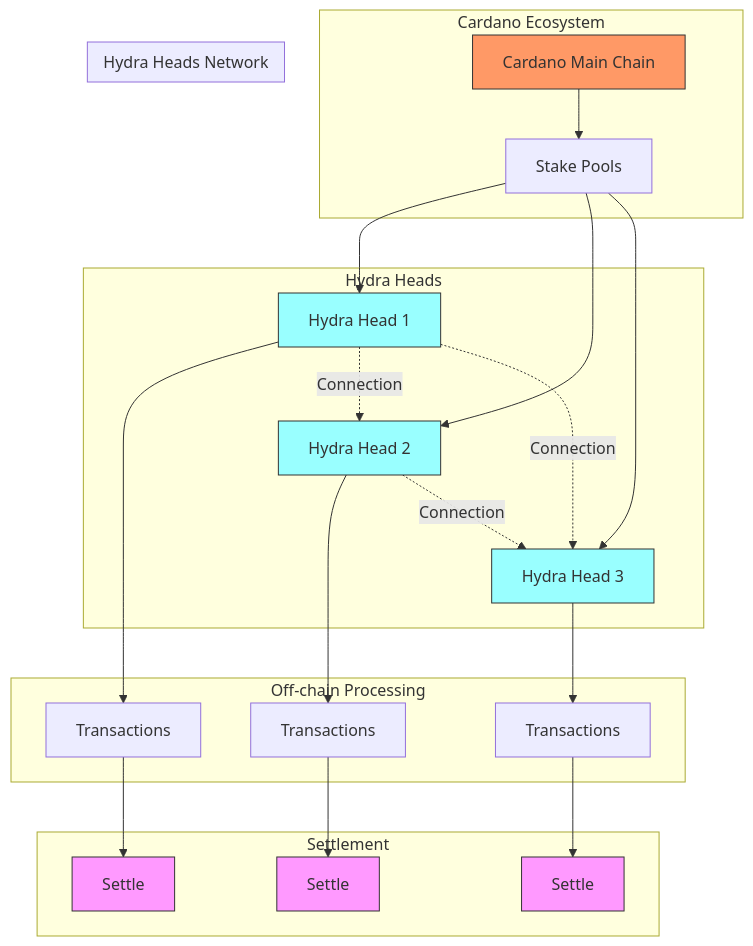
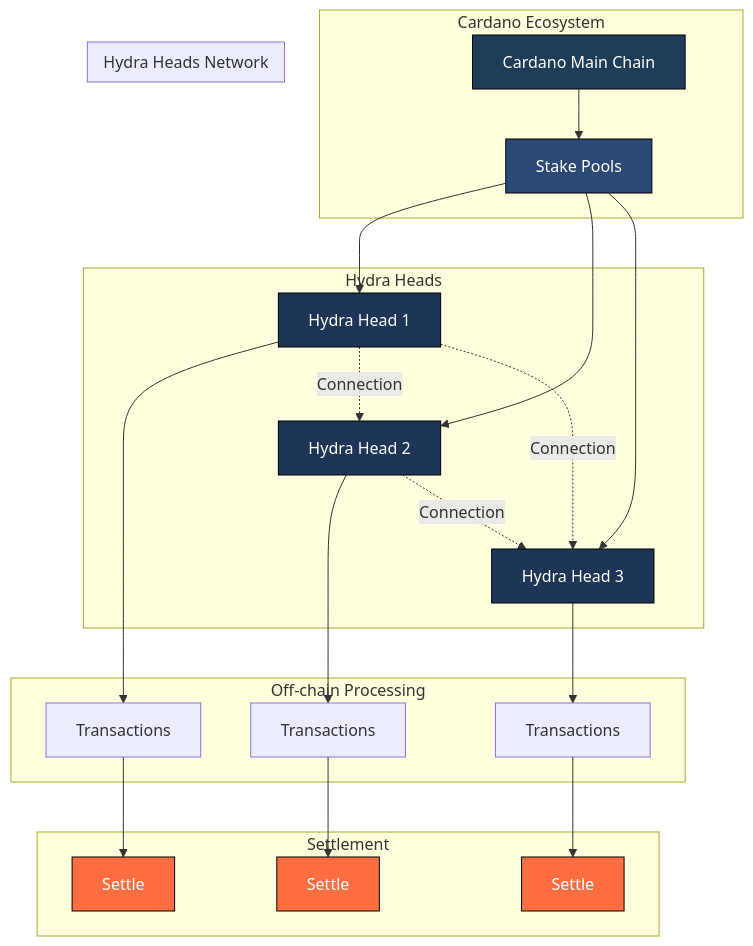
Before and after one commit to Soushi888/caramoussin-blog: the third of 3 diagrams in cardano-advocacy.md, drawn with Mermaid. The commit also changed other lines of this file, not shown here.

First line of the commit message:
docs: Improve Mermaid diagram readability with high-contrast color scheme

````diff
--- a/cardano-advocacy.md
+++ b/cardano-advocacy.md
@@ -368,44 +374,45 @@
 ```mermaid
 graph TB
     subgraph "Cardano Ecosystem"
         C[Cardano Main Chain]
         SP[Stake Pools]
     end
     
     subgraph "Hydra Heads"
         H1[Hydra Head 1]
         H2[Hydra Head 2]
         H3[Hydra Head 3]
     end
     
     subgraph "Off-chain Processing"
         H1 --> T1[Transactions]
         H2 --> T2[Transactions]
         H3 --> T3[Transactions]
     end
     
     subgraph "Settlement"
         T1 --> S1[Settle]
         T2 --> S2[Settle]
         T3 --> S3[Settle]
     end
     
     subgraph "Hydra Heads Network"
         H1 -.->|Connection| H2
         H1 -.->|Connection| H3
         H2 -.->|Connection| H3
     end
     
     C --> SP
     SP --> H1
     SP --> H2
     SP --> H3
     
-    style C fill:#f96,stroke:#333
-    style H1 fill:#9ff,stroke:#333
-    style H2 fill:#9ff,stroke:#333
-    style H3 fill:#9ff,stroke:#333
-    style S1 fill:#f9f,stroke:#333
-    style S2 fill:#f9f,stroke:#333
-    style S3 fill:#f9f,stroke:#333
+    style C fill:#1e3d59,stroke:#000,color:#fff
+    style SP fill:#2c4875,stroke:#000,color:#fff
+    style H1 fill:#1d3557,stroke:#000,color:#fff
+    style H2 fill:#1d3557,stroke:#000,color:#fff
+    style H3 fill:#1d3557,stroke:#000,color:#fff
+    style S1 fill:#ff6e40,stroke:#000,color:#fff
+    style S2 fill:#ff6e40,stroke:#000,color:#fff
+    style S3 fill:#ff6e40,stroke:#000,color:#fff
 ```
````
